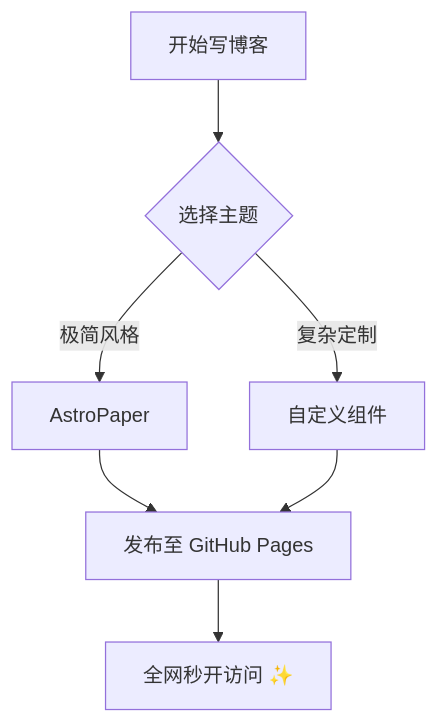
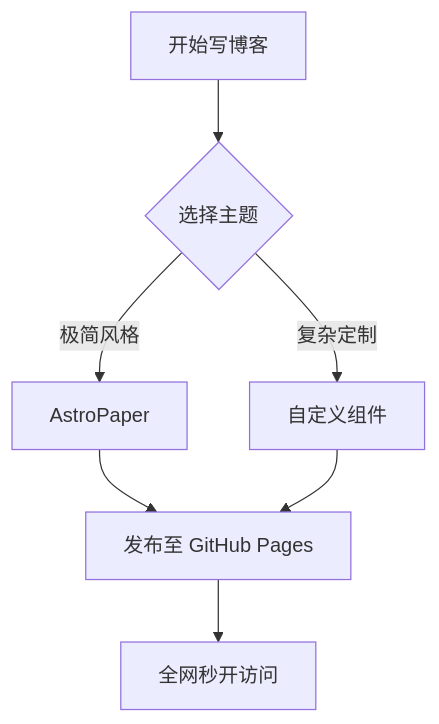
The diagram in src/content/posts/rich-media-guide.mdx (SXP-Simon/SXP-Simon.github.io), drawn with Mermaid before and after one commit. The commit also changed 3 other files, not shown here.

````diff
--- a/src/content/posts/rich-media-guide.mdx
+++ b/src/content/posts/rich-media-guide.mdx
@@ -135,9 +135,9 @@
 ```mermaid
 graph TD
     A[开始写博客] --> B{选择主题}
     B -->|极简风格| C[AstroPaper]
     B -->|复杂定制| D[自定义组件]
     C --> E[发布至 GitHub Pages]
     D --> E
-    E --> F[全网秒开访问 ✨]
+    E --> F[全网秒开访问]
 ```
````
